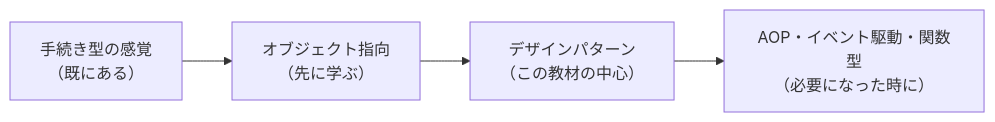
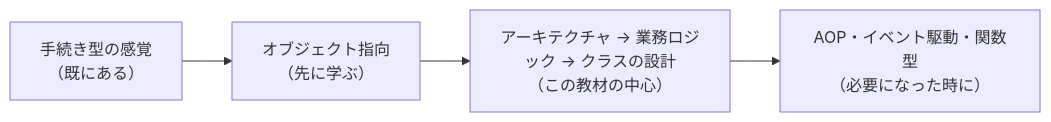
Before and after one commit to t-inoue0214/starter-code-design: the third of 4 diagrams in chapters/00-paradigms.md, drawn with Mermaid. The commit also changed other lines of this file and 328 other files, not shown here.

````diff
--- a/chapters/00-paradigms.md
+++ b/chapters/00-paradigms.md
@@ -92,6 +94,6 @@
 ```mermaid
 flowchart LR
     S["手続き型の感覚<br/>（既にある）"] --> O["オブジェクト指向<br/>（先に学ぶ）"]
-    O --> P["デザインパターン<br/>（この教材の中心）"]
+    O --> P["アーキテクチャ → 業務ロジック → クラスの設計<br/>（この教材の中心）"]
     P --> T["AOP・イベント駆動・関数型<br/>（必要になった時に）"]
 ```
````
